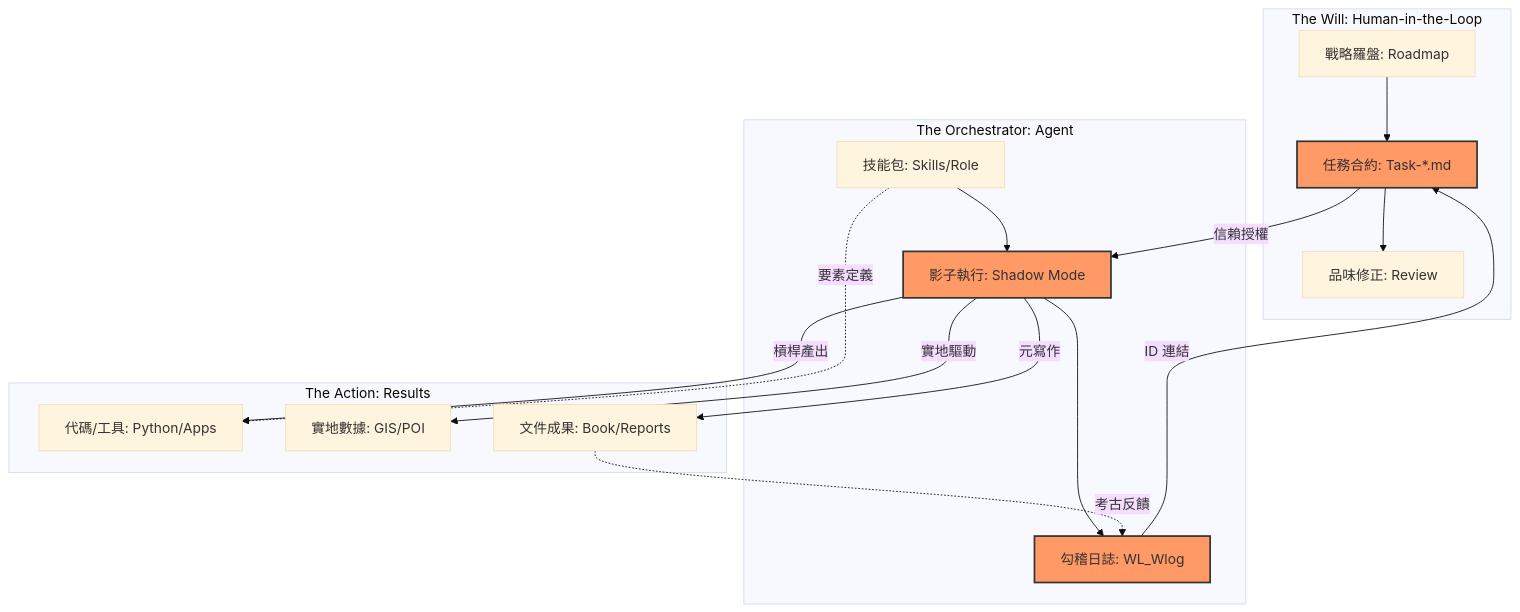
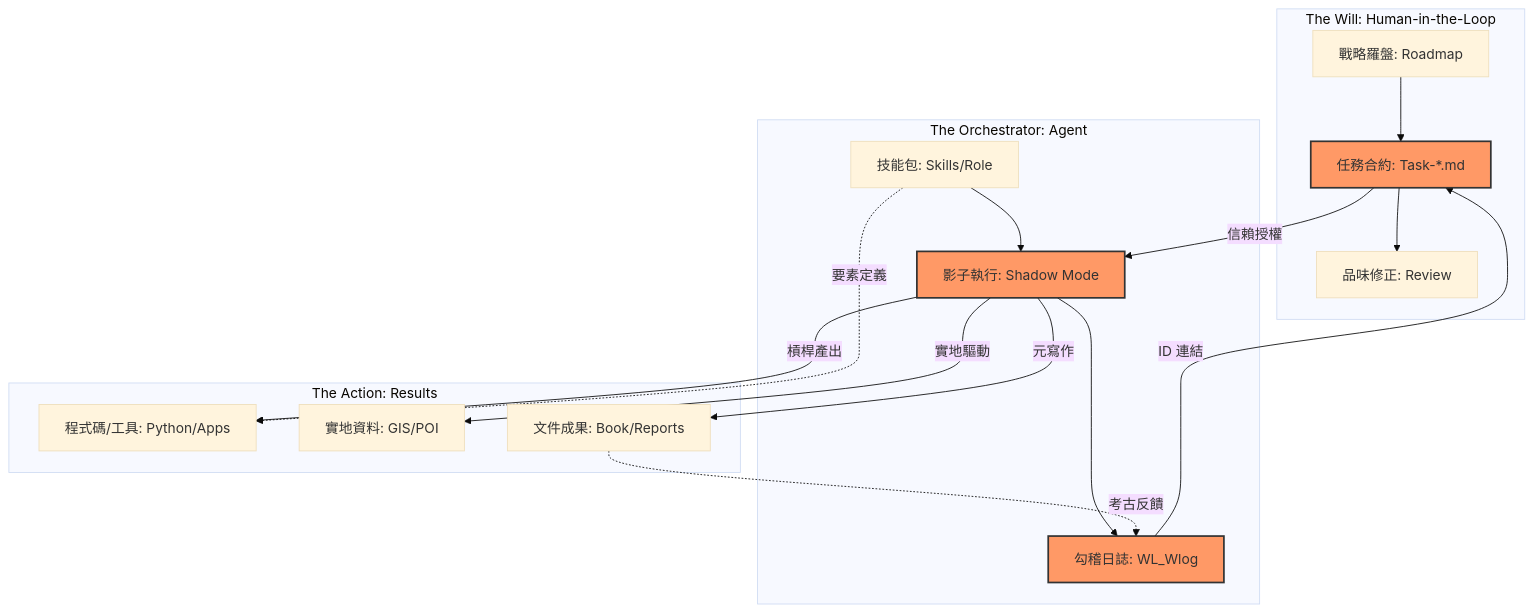
Before and after one commit to wuulong/PersonalAI-Empowerment: the diagram in Chapter_5_10.md, drawn with Mermaid (base theme). The commit also changed 94 other files, not shown here.

````diff
--- a/Chapter_5_10.md
+++ b/Chapter_5_10.md
@@ -21,31 +21,31 @@
 ```mermaid
 graph TD
     subgraph 意志決策層 [The Will: Human-in-the-Loop]
         A1[戰略羅盤: Roadmap] --> A2[任務合約: Task-*.md]
         A2 --> A3[品味修正: Review]
     end
 
     subgraph 代理人調度層 [The Orchestrator: Agent]
         B1[技能包: Skills/Role] --> B2[影子執行: Shadow Mode]
         B2 --> B3[勾稽日誌: WL_Wlog]
         B3 -->|ID 連結| A2
     end
 
     subgraph 實戰交付域 [The Action: Results]
-        C1[代碼/工具: Python/Apps] 
-        C2[實地數據: GIS/POI]
+        C1[程式碼/工具: Python/Apps] 
+        C2[實地資料: GIS/POI]
         C3[文件成果: Book/Reports]
     end
 
     %% 連動關係
     A2 -->|信賴授權| B2
     B2 -->|槓桿產出| C1
     B2 -->|實地驅動| C2
     B2 -->|元寫作| C3
     C3 -.->|考古反饋| B3
     B1 -.->|要素定義| C1
     
     %% 註解
     classDef primary fill:#f96,stroke:#333,stroke-width:2px;
     class A2,B2,B3 primary;
 ```
````
